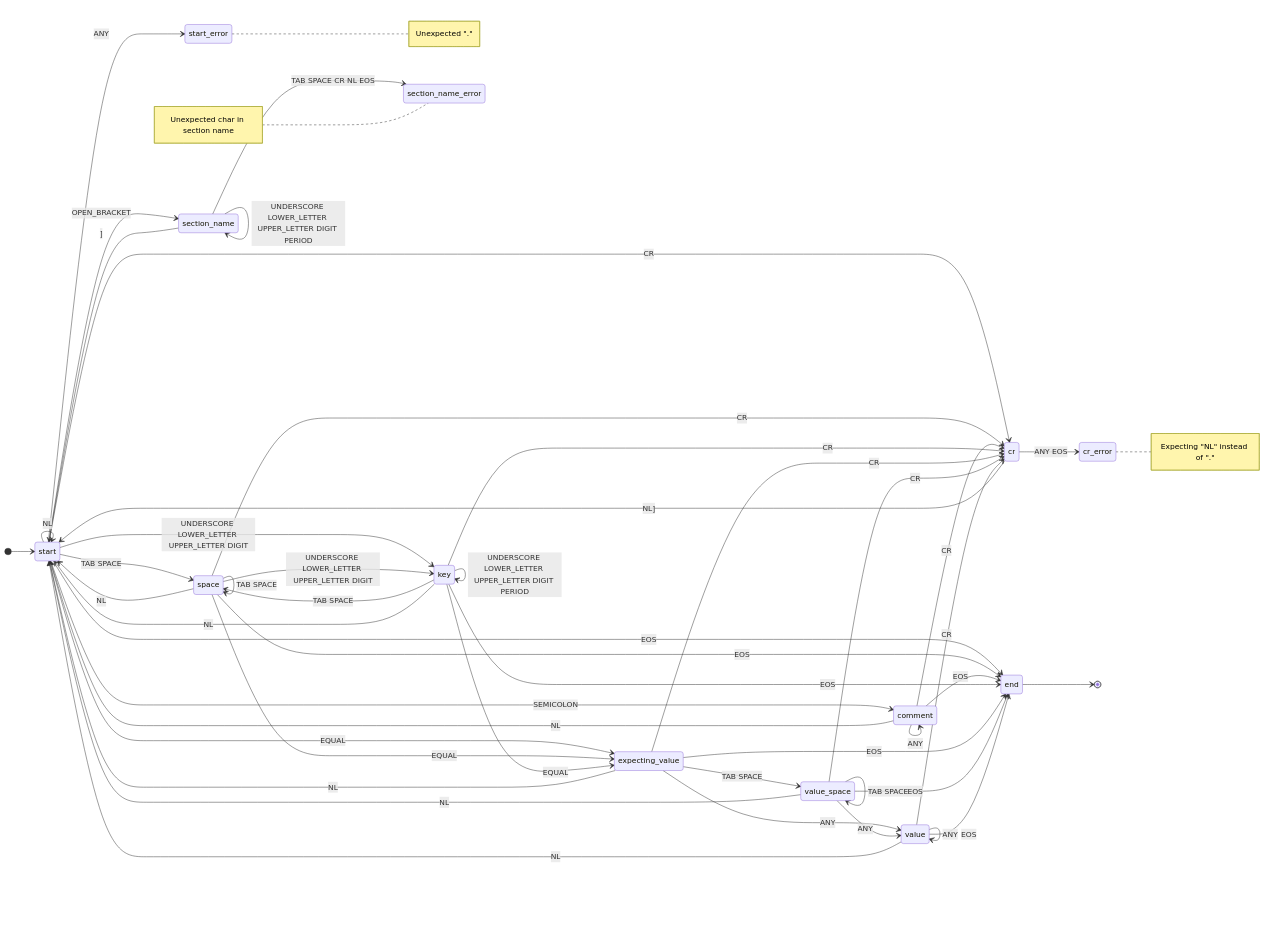
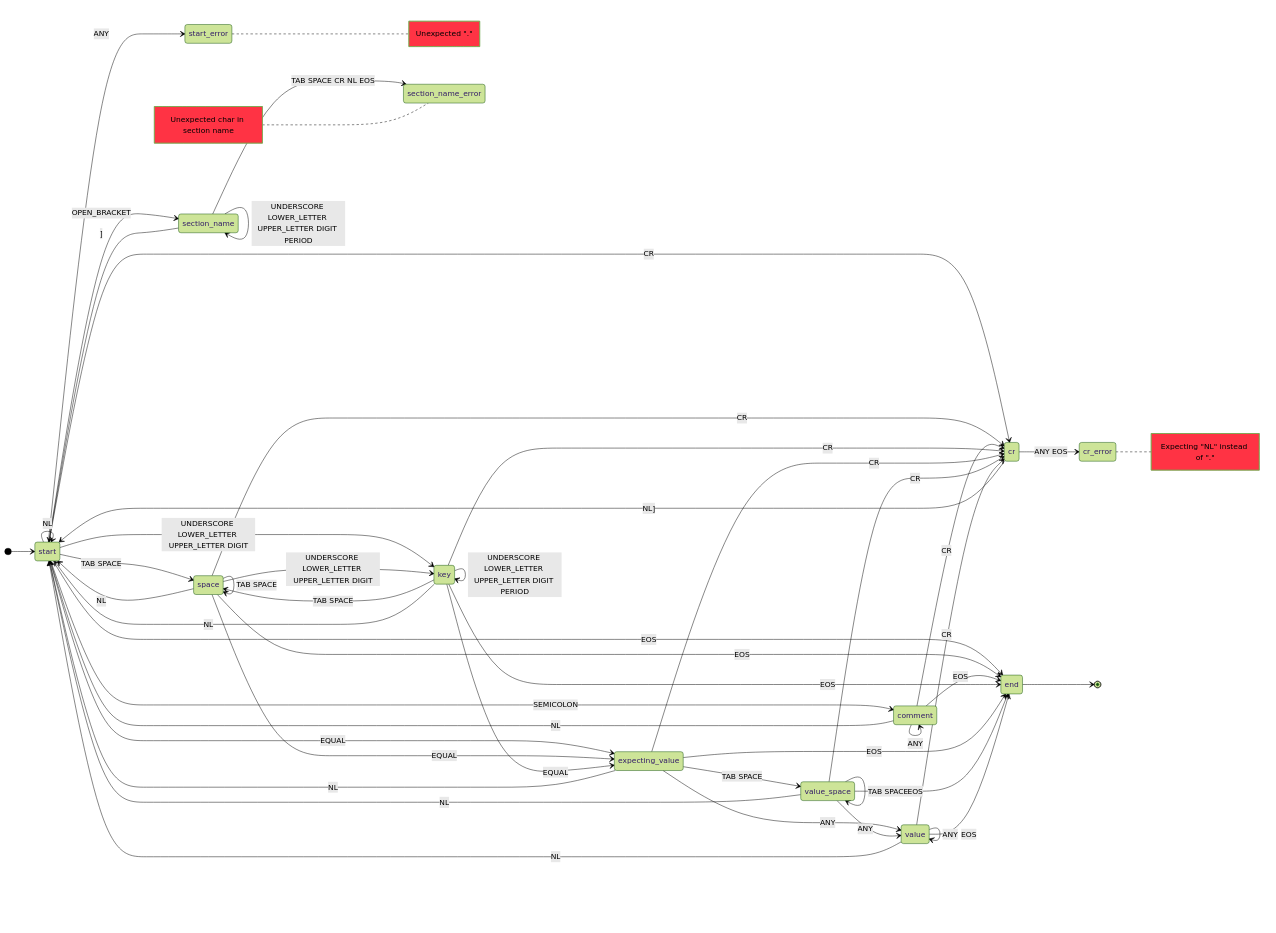
One commit to reconstruir/bes changed the diagram in lib/bes/config/ini/mmd/ini.mmd. Above: the diagram before and after it, drawn with Mermaid. The commit also changed 2 other files, not shown here.

Commit message:
mermaid work in progress

```diff
--- a/lib/bes/config/ini/mmd/ini.mmd
+++ b/lib/bes/config/ini/mmd/ini.mmd
@@ -1,86 +1,99 @@
+%%{
+  init: {
+    'theme': 'forest',
+    'themeVariables': {
+      'noteBkgColor': '#ff3344'
+    }
+  }
+}%%
+
 stateDiagram-v2
   direction LR
 
+  %%classDef caca fill:white,color:blue,font-weight:bold,stroke-width
+  
   %%LEXER_TOKEN comment
   %%LEXER_TOKEN done
   %%LEXER_TOKEN space
   %%LEXER_TOKEN string
   %%LEXER_TOKEN section_begin
   %%LEXER_TOKEN section_end
   %%LEXER_TOKEN line_break
 
   %% start state
   [*] --> start
   start --> end: EOS
   start --> comment: SEMICOLON
   start --> space: TAB SPACE
   start --> cr: CR
   start --> start: NL
   start --> section_name: OPEN_BRACKET
   start --> key: UNDERSCORE LOWER_LETTER UPPER_LETTER DIGIT
   start --> expecting_value: EQUAL
   start --> start_error: ANY
   note right of start_error
     Unexpected "."
   end note
   
   %% space state
   space --> space: TAB SPACE
   space --> end: EOS
   space --> cr: CR
   space --> start: NL
   space --> key: UNDERSCORE LOWER_LETTER UPPER_LETTER DIGIT
   space --> expecting_value: EQUAL
   
   %% cr state
   cr --> start: NL]
   cr --> cr_error: ANY EOS
   note right of cr_error
     Expecting "NL" instead of "."
   end note
 
   %% comment state
   comment --> comment: ANY
   comment --> cr: CR
   comment --> start: NL
   comment --> end: EOS
-  
+
+  %%class comment caca
+
   %% section_name state
   section_name --> section_name: UNDERSCORE LOWER_LETTER UPPER_LETTER DIGIT PERIOD
   section_name --> start: ]
   section_name --> section_name_error: TAB SPACE CR NL EOS
   note left of section_name_error
     Unexpected char in section name
   end note
   
   %% key state
   key --> key: UNDERSCORE LOWER_LETTER UPPER_LETTER DIGIT PERIOD
   key --> space: TAB SPACE
   key --> cr: CR
   key --> start: NL
   key --> expecting_value: EQUAL
   key --> end: EOS
   
   %% expecting_value state
   expecting_value --> value_space: TAB SPACE
   expecting_value --> cr: CR
   expecting_value --> start: NL
   expecting_value --> end: EOS
   expecting_value --> value: ANY
 
   %% value_space state
   value_space --> value_space: TAB SPACE
   value_space --> cr: CR
   value_space --> start: NL
   value_space --> end: EOS
   value_space --> value: ANY
   
   %% value state
   value --> value: ANY
 %%  value --> space: TAB SPACE
   value --> cr: CR
   value --> start: NL
   value --> end: EOS
 
   %% end state
   end --> [*]
```
